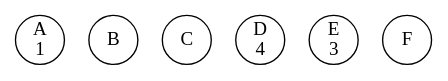
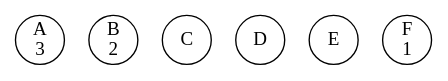
The diagram in concurrency-lab-2/bank/out/0000000002.gv (li23179/GO), drawn with Graphviz before and after one commit. The commit also changed 24 other files, not shown here.

```diff
--- a/concurrency-lab-2/bank/out/0000000002.gv
+++ b/concurrency-lab-2/bank/out/0000000002.gv
@@ -1,8 +1,8 @@
 digraph bank {
-	 0 [label= "A\n1" , pos= "1,0!" , shape=circle, fixedsize=true, width=0.5 ]
-	 1 [label= "B\n" , pos= "0,1!" , shape=circle, fixedsize=true, width=0.5 ]
+	 0 [label= "A\n3" , pos= "1,0!" , shape=circle, fixedsize=true, width=0.5 ]
+	 1 [label= "B\n2" , pos= "0,1!" , shape=circle, fixedsize=true, width=0.5 ]
 	 2 [label= "C\n" , pos= "1,2!" , shape=circle, fixedsize=true, width=0.5 ]
-	 3 [label= "D\n4" , pos= "2,2!" , shape=circle, fixedsize=true, width=0.5 ]
-	 4 [label= "E\n3" , pos= "3,1!" , shape=circle, fixedsize=true, width=0.5 ]
-	 5 [label= "F\n" , pos= "2,0!" , shape=circle, fixedsize=true, width=0.5 ]
+	 3 [label= "D\n" , pos= "2,2!" , shape=circle, fixedsize=true, width=0.5 ]
+	 4 [label= "E\n" , pos= "3,1!" , shape=circle, fixedsize=true, width=0.5 ]
+	 5 [label= "F\n1" , pos= "2,0!" , shape=circle, fixedsize=true, width=0.5 ]
 }
```
